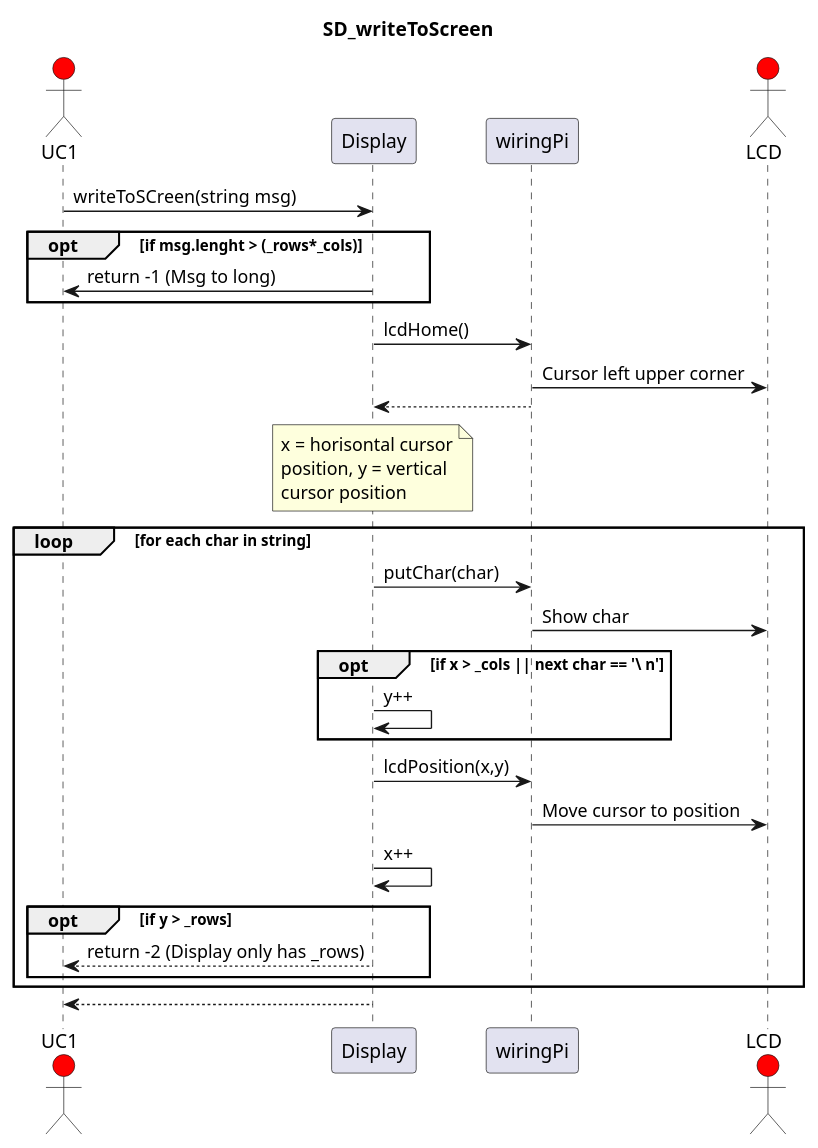
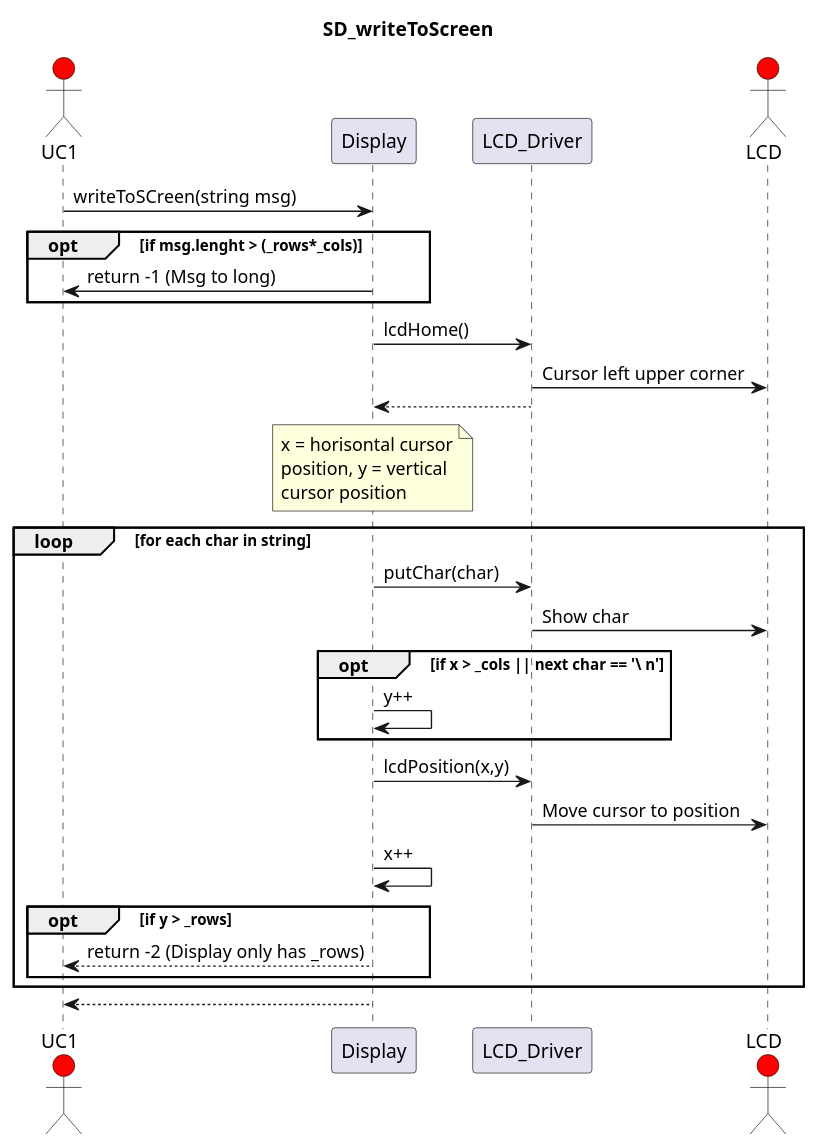
The diagram in Diagrammer/CentralComputer/Klasser/Display/writeToScreen.puml (Solvgraa-mager/E3PRJ3), drawn with PlantUML before and after one commit. The commit also changed 59 other files, not shown here.

```diff
--- a/Diagrammer/CentralComputer/Klasser/Display/writeToScreen.puml
+++ b/Diagrammer/CentralComputer/Klasser/Display/writeToScreen.puml
@@ -1,39 +1,39 @@
 @startuml
 
 title SD_writeToScreen
 
 actor UC1 #red
 participant Display
-participant wiringPi
+participant LCD_Driver
 actor LCD #red
 
 skinparam wrapWidth 150
 
 UC1 -> Display : writeToSCreen(string msg)
 opt if msg.lenght > (_rows*_cols)
     Display->UC1 : return -1 (Msg to long)
 end
 
-Display -> wiringPi : lcdHome()
-wiringPi -> LCD : Cursor left upper corner
-wiringPi --> Display : 
+Display -> LCD_Driver : lcdHome()
+LCD_Driver -> LCD : Cursor left upper corner
+LCD_Driver --> Display : 
 
 note over Display : x = horisontal cursor position, y = vertical cursor position
 
 loop for each char in string
-    Display -> wiringPi : putChar(char)
-    wiringPi -> LCD : Show char
+    Display -> LCD_Driver : putChar(char)
+    LCD_Driver -> LCD : Show char
     opt if x > _cols || next char == '\ n' 
         Display -> Display : y++
     end opt
-    Display -> wiringPi : lcdPosition(x,y)
-    wiringPi -> LCD : Move cursor to position
+    Display -> LCD_Driver : lcdPosition(x,y)
+    LCD_Driver -> LCD : Move cursor to position
     Display -> Display : x++
     opt if y > _rows
         Display --> UC1 : return -2 (Display only has _rows)
     end opt
 end loop
 Display --> UC1 : 
 
 
 @enduml
```
